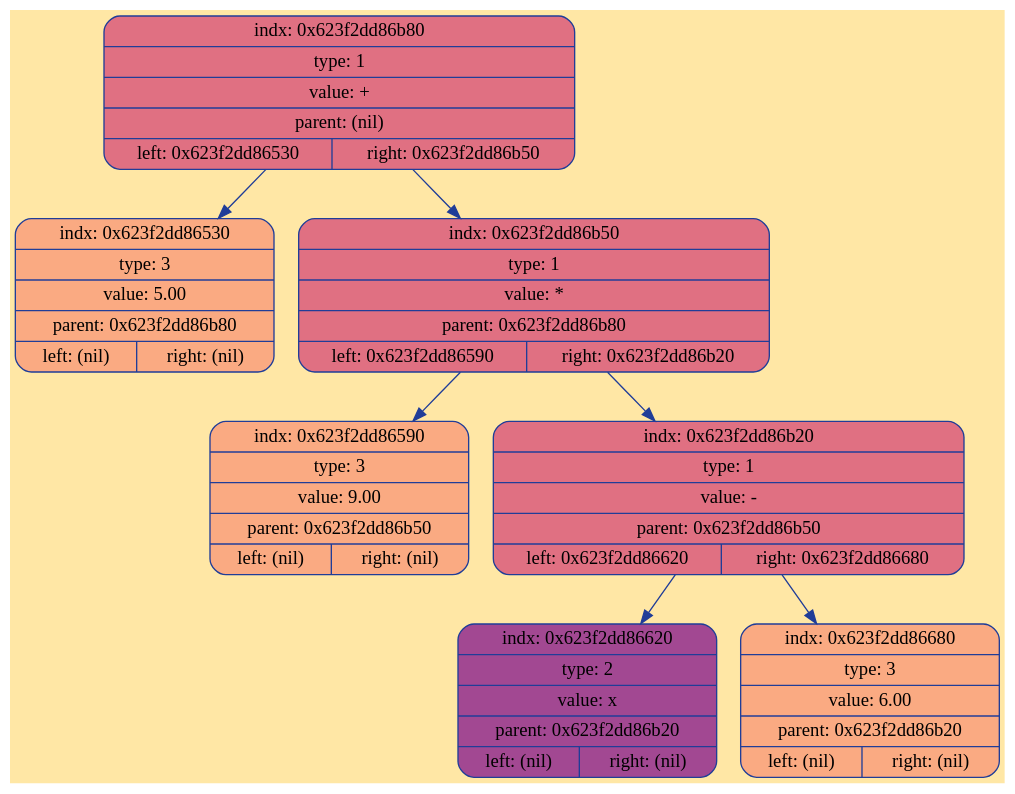
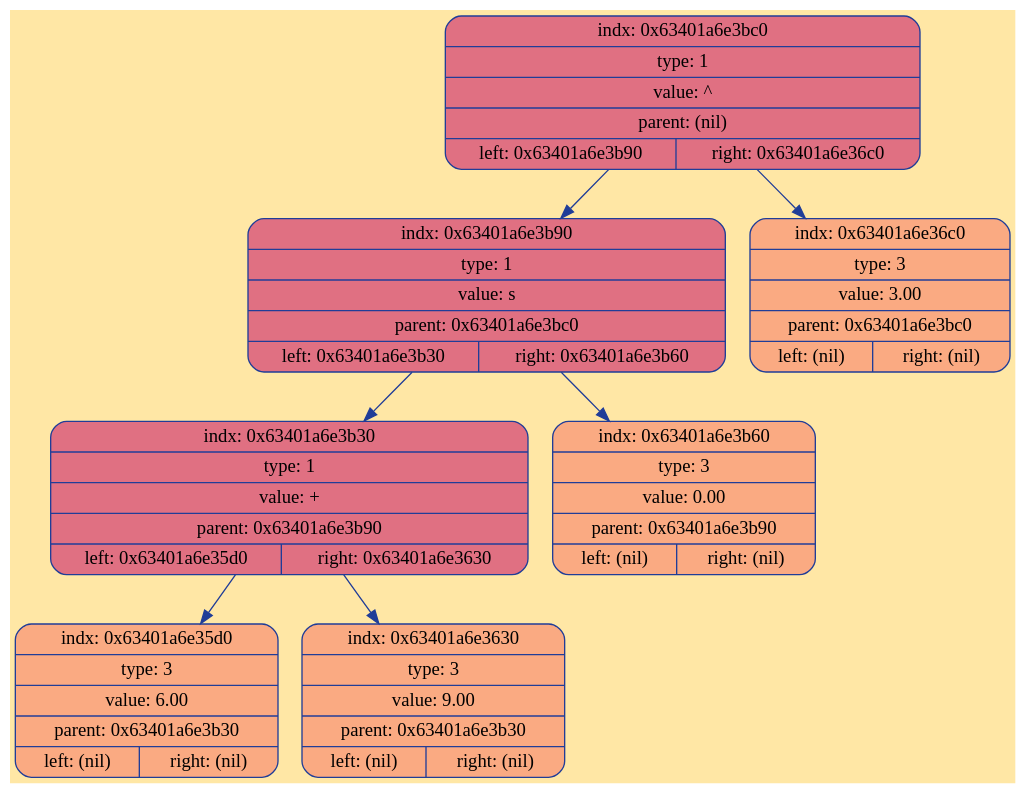
One commit to ksshkh/differentiator changed the diagram in debug/tree.dot. Above: the diagram before and after it, drawn with Graphviz. The commit also changed 5 other files, not shown here.

```diff
--- a/debug/tree.dot
+++ b/debug/tree.dot
@@ -1,19 +1,19 @@
 digraph Tree {
 	rankdir = TB;
 	node [shape = record];
 	edge [color = "#203D98"];
 	bgcolor = "#FFE7A5";
-	node0x623f2dd86b80 [color = "#203D98", shape = Mrecord, style = filled, fillcolor = "#E07082", label = "{indx: 0x623f2dd86b80 | type: 1 | value: + | parent: (nil) | { left: 0x623f2dd86530 | right: 0x623f2dd86b50}}"];
-		node0x623f2dd86b80 -> node0x623f2dd86530
-	node0x623f2dd86530 [color = "#203D98", shape = Mrecord, style = filled, fillcolor = "#FAAA82", label = "{indx: 0x623f2dd86530 | type: 3 | value: 5.00 | parent: 0x623f2dd86b80 | { left: (nil) | right: (nil)}}"];
-		node0x623f2dd86b80 -> node0x623f2dd86b50
-	node0x623f2dd86b50 [color = "#203D98", shape = Mrecord, style = filled, fillcolor = "#E07082", label = "{indx: 0x623f2dd86b50 | type: 1 | value: * | parent: 0x623f2dd86b80 | { left: 0x623f2dd86590 | right: 0x623f2dd86b20}}"];
-		node0x623f2dd86b50 -> node0x623f2dd86590
-	node0x623f2dd86590 [color = "#203D98", shape = Mrecord, style = filled, fillcolor = "#FAAA82", label = "{indx: 0x623f2dd86590 | type: 3 | value: 9.00 | parent: 0x623f2dd86b50 | { left: (nil) | right: (nil)}}"];
-		node0x623f2dd86b50 -> node0x623f2dd86b20
-	node0x623f2dd86b20 [color = "#203D98", shape = Mrecord, style = filled, fillcolor = "#E07082", label = "{indx: 0x623f2dd86b20 | type: 1 | value: - | parent: 0x623f2dd86b50 | { left: 0x623f2dd86620 | right: 0x623f2dd86680}}"];
-		node0x623f2dd86b20 -> node0x623f2dd86620
-	node0x623f2dd86620 [color = "#203D98", shape = Mrecord, style = filled, fillcolor = "#A24892", label = "{indx: 0x623f2dd86620 | type: 2 | value: x | parent: 0x623f2dd86b20 | { left: (nil) | right: (nil)}}"];
-		node0x623f2dd86b20 -> node0x623f2dd86680
-	node0x623f2dd86680 [color = "#203D98", shape = Mrecord, style = filled, fillcolor = "#FAAA82", label = "{indx: 0x623f2dd86680 | type: 3 | value: 6.00 | parent: 0x623f2dd86b20 | { left: (nil) | right: (nil)}}"];
+	node0x63401a6e3bc0 [color = "#203D98", shape = Mrecord, style = filled, fillcolor = "#E07082", label = "{indx: 0x63401a6e3bc0 | type: 1 | value: ^ | parent: (nil) | { left: 0x63401a6e3b90 | right: 0x63401a6e36c0}}"];
+		node0x63401a6e3bc0 -> node0x63401a6e3b90
+	node0x63401a6e3b90 [color = "#203D98", shape = Mrecord, style = filled, fillcolor = "#E07082", label = "{indx: 0x63401a6e3b90 | type: 1 | value: s | parent: 0x63401a6e3bc0 | { left: 0x63401a6e3b30 | right: 0x63401a6e3b60}}"];
+		node0x63401a6e3b90 -> node0x63401a6e3b30
+	node0x63401a6e3b30 [color = "#203D98", shape = Mrecord, style = filled, fillcolor = "#E07082", label = "{indx: 0x63401a6e3b30 | type: 1 | value: + | parent: 0x63401a6e3b90 | { left: 0x63401a6e35d0 | right: 0x63401a6e3630}}"];
+		node0x63401a6e3b30 -> node0x63401a6e35d0
+	node0x63401a6e35d0 [color = "#203D98", shape = Mrecord, style = filled, fillcolor = "#FAAA82", label = "{indx: 0x63401a6e35d0 | type: 3 | value: 6.00 | parent: 0x63401a6e3b30 | { left: (nil) | right: (nil)}}"];
+		node0x63401a6e3b30 -> node0x63401a6e3630
+	node0x63401a6e3630 [color = "#203D98", shape = Mrecord, style = filled, fillcolor = "#FAAA82", label = "{indx: 0x63401a6e3630 | type: 3 | value: 9.00 | parent: 0x63401a6e3b30 | { left: (nil) | right: (nil)}}"];
+		node0x63401a6e3b90 -> node0x63401a6e3b60
+	node0x63401a6e3b60 [color = "#203D98", shape = Mrecord, style = filled, fillcolor = "#FAAA82", label = "{indx: 0x63401a6e3b60 | type: 3 | value: 0.00 | parent: 0x63401a6e3b90 | { left: (nil) | right: (nil)}}"];
+		node0x63401a6e3bc0 -> node0x63401a6e36c0
+	node0x63401a6e36c0 [color = "#203D98", shape = Mrecord, style = filled, fillcolor = "#FAAA82", label = "{indx: 0x63401a6e36c0 | type: 3 | value: 3.00 | parent: 0x63401a6e3bc0 | { left: (nil) | right: (nil)}}"];
 }
```
